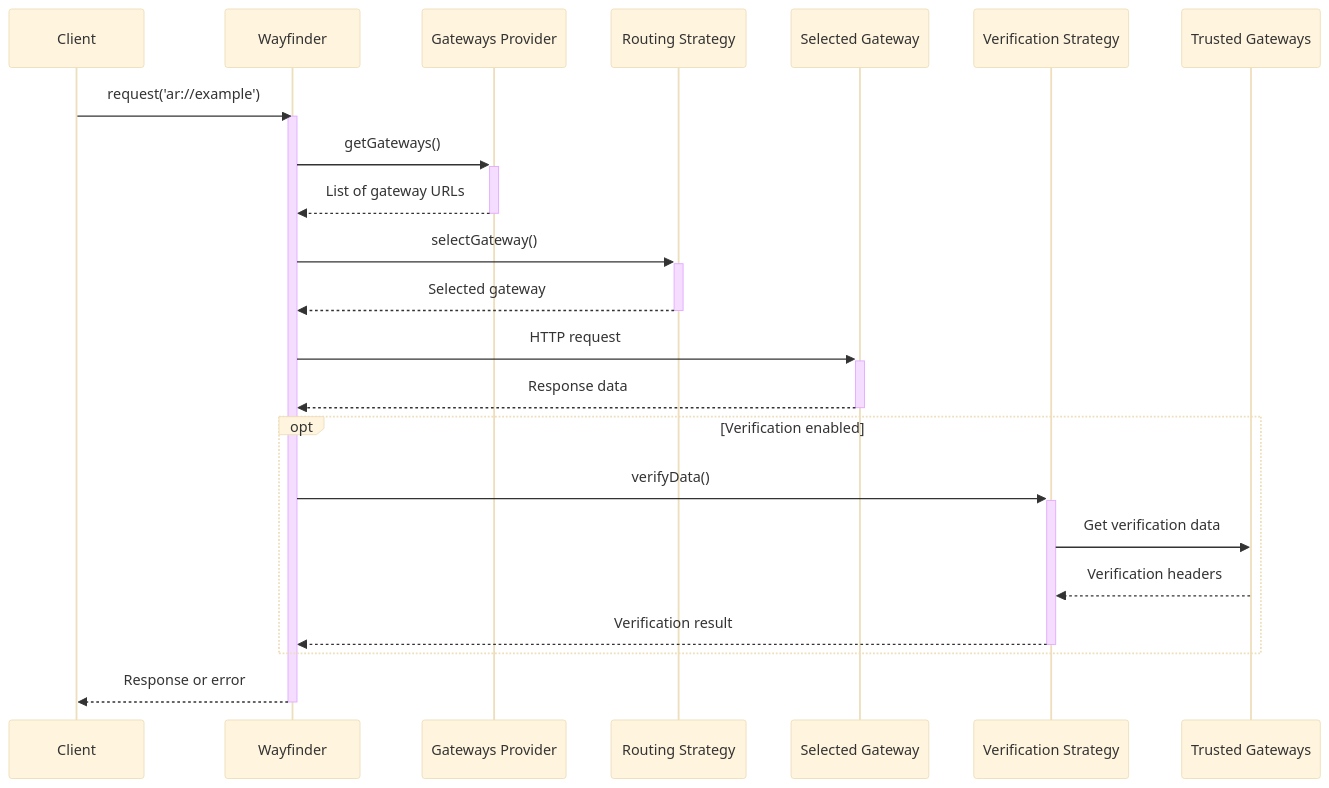
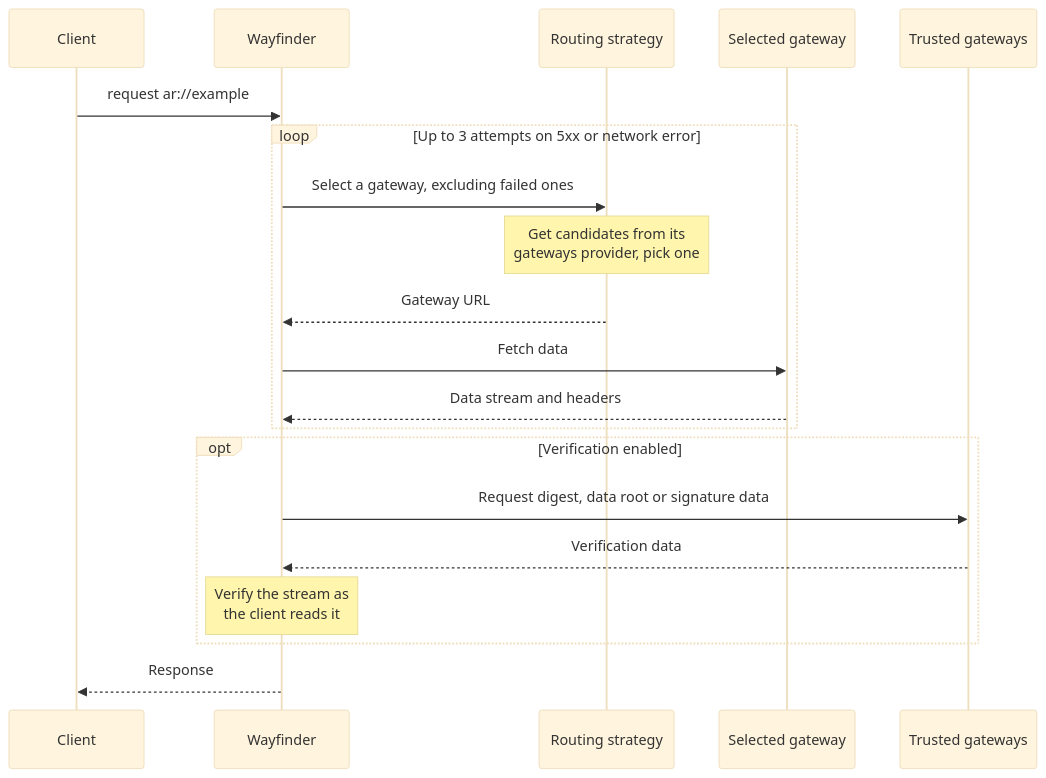
The diagram in content/sdks/wayfinder/wayfinder-core/request-flow.mdx (ar-io/docs), drawn with Mermaid (base theme) before and after one commit. The commit also changed 20 other files, not shown here.

````diff
--- a/content/sdks/wayfinder/wayfinder-core/request-flow.mdx
+++ b/content/sdks/wayfinder/wayfinder-core/request-flow.mdx
@@ -6,32 +6,26 @@
 ```mermaid
 sequenceDiagram
+    accTitle: Wayfinder routes each request, retries on failure, and can verify the response
+    accDescr: The client passes an ar URL to Wayfinder. Wayfinder asks the routing strategy for a gateway, and the routing strategy gets its candidates from its own gateways provider. Wayfinder fetches the data from the selected gateway and selects again after a 5xx response or network error, excluding the gateways that failed, up to 3 attempts. If verification is enabled, the verification strategy checks the stream against data from trusted gateways as the client reads it.
+
     participant Client
     participant Wayfinder
-    participant Gateways Provider
-    participant Routing Strategy
-    participant Selected Gateway
-    participant Verification Strategy
-    participant Trusted Gateways
+    participant Routing as Routing strategy
+    participant Gateway as Selected gateway
+    participant Trusted as Trusted gateways
 
-    Client->>Wayfinder: request('ar://example')
-    activate Wayfinder
-
-    Wayfinder->>+Gateways Provider: getGateways()
-    Gateways Provider-->>-Wayfinder: List of gateway URLs
-
-    Wayfinder->>+Routing Strategy: selectGateway()
-    Routing Strategy-->>-Wayfinder: Selected gateway
-
-    Wayfinder->>+Selected Gateway: HTTP request
-    Selected Gateway-->>-Wayfinder: Response data
-
+    Client->>Wayfinder: request ar://example
+    loop Up to 3 attempts on 5xx or network error
+        Wayfinder->>Routing: Select a gateway, excluding failed ones
+        Note over Routing: Get candidates from its<br/>gateways provider, pick one
+        Routing-->>Wayfinder: Gateway URL
+        Wayfinder->>Gateway: Fetch data
+        Gateway-->>Wayfinder: Data stream and headers
+    end
     opt Verification enabled
-        Wayfinder->>+Verification Strategy: verifyData()
-        Verification Strategy->>Trusted Gateways: Get verification data
-        Trusted Gateways-->>Verification Strategy: Verification headers
-        Verification Strategy-->>-Wayfinder: Verification result
+        Wayfinder->>Trusted: Request digest, data root or signature data
+        Trusted-->>Wayfinder: Verification data
+        Note over Wayfinder: Verify the stream as<br/>the client reads it
     end
-
-    Wayfinder-->>Client: Response or error
-    deactivate Wayfinder
+    Wayfinder-->>Client: Response
 ```
````
